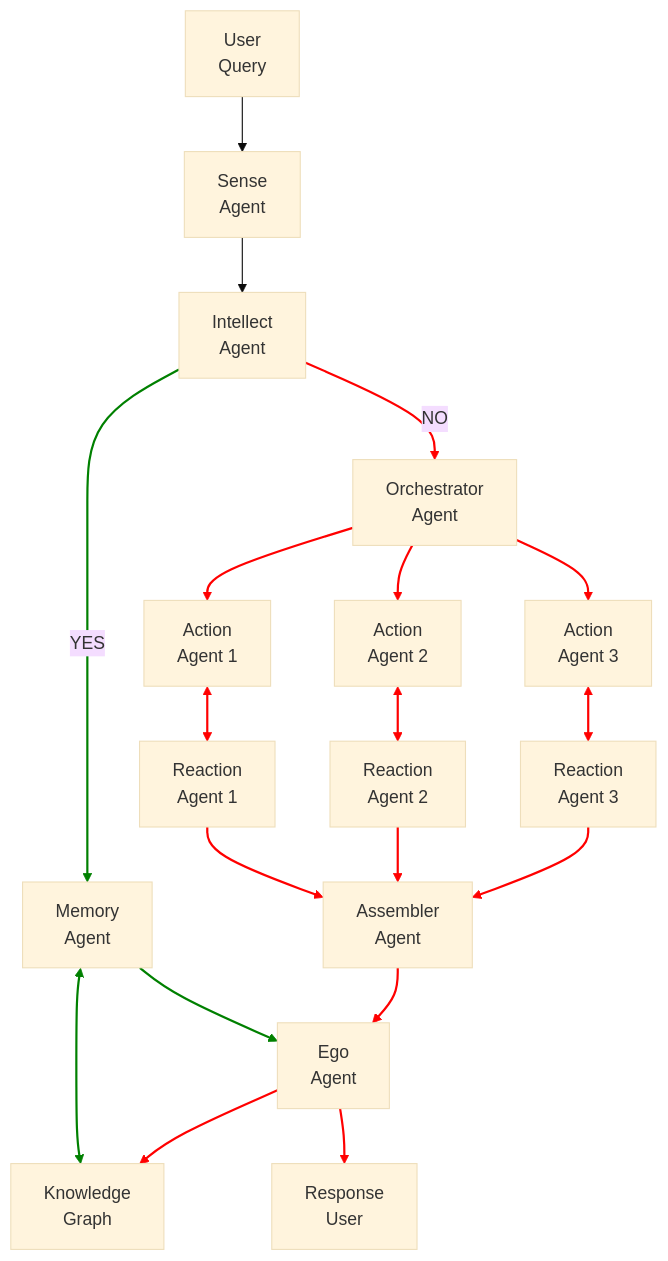
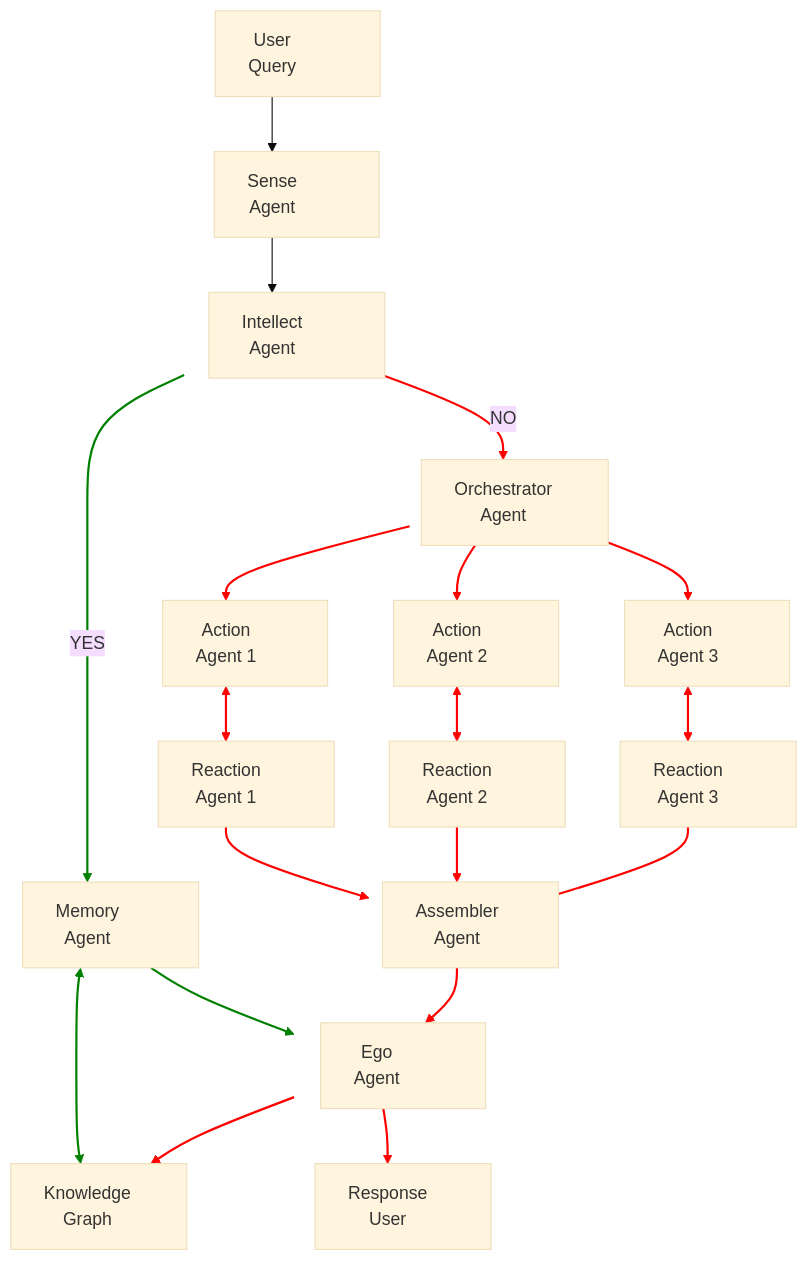
The diagram in README.md (Mindverse-Computing/algoverse), drawn with Mermaid (base theme) before and after one commit.

````diff
--- a/README.md
+++ b/README.md
@@ -78,41 +78,58 @@
 ```mermaid
 graph TD
   A["User<br/>Query"] --> S["Sense<br/>Agent"]
   S --> I["Intellect<br/>Agent"]
   I -- YES --> M["Memory<br/>Agent"]
   M <--> G["Knowledge<br/>Graph"]
   M --> E["Ego<br/>Agent"]
   I -- NO --> O["Orchestrator<br/>Agent"]
   O --> A1["Action<br/>Agent 1"]
   O --> A2["Action<br/>Agent 2"]
   O --> A3["Action<br/>Agent 3"]
   A1 <--> R1["Reaction<br/>Agent 1"]
   A2 <--> R2["Reaction<br/>Agent 2"]
   A3 <--> R3["Reaction<br/>Agent 3"]
   R1 --> AA["Assembler<br/>Agent"]
   R2 --> AA
   R3 --> AA
   AA --> E
   E --> G
   E --> U["Response<br/>User"]
 
   %% GREEN links (YES path)
   linkStyle 2 stroke:green,stroke-width:2px      
   linkStyle 3 stroke:green,stroke-width:2px      
   linkStyle 4 stroke:green,stroke-width:2px      
 
   %% RED links (NO path)
   linkStyle 5 stroke:red,stroke-width:2px       
   linkStyle 6 stroke:red,stroke-width:2px        
   linkStyle 7 stroke:red,stroke-width:2px        
   linkStyle 8 stroke:red,stroke-width:2px        
   linkStyle 9 stroke:red,stroke-width:2px        
   linkStyle 10 stroke:red,stroke-width:2px       
   linkStyle 11 stroke:red,stroke-width:2px       
   linkStyle 12 stroke:red,stroke-width:2px       
   linkStyle 13 stroke:red,stroke-width:2px       
   linkStyle 14 stroke:red,stroke-width:2px       
   linkStyle 15 stroke:red,stroke-width:2px       
   linkStyle 16 stroke:red,stroke-width:2px       
-  linkStyle 17 stroke:red,stroke-width:2px             
+  linkStyle 17 stroke:red,stroke-width:2px       
+
+  %% Node size styling (in pixels)
+  style A width:150px
+  style S width:150px
+  style I width:160px
+  style M width:160px
+  style G width:160px
+  style E width:150px
+  style O width:170px
+  style A1 width:150px
+  style A2 width:150px
+  style A3 width:150px
+  style R1 width:160px
+  style R2 width:160px
+  style R3 width:160px
+  style AA width:160px
+  style U width:160px            
 ```
````
